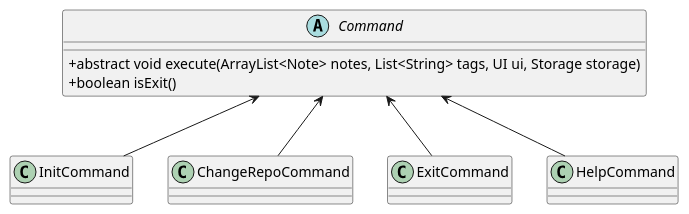
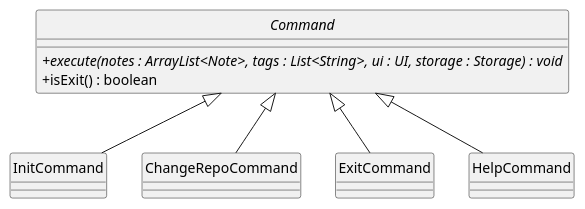
One commit to shauntsr/tp changed the diagram in docs/diagrams/SystemCommands.puml. Above: the diagram before and after it, drawn with PlantUML. The commit also changed 10 other files, not shown here.

```diff
--- a/docs/diagrams/SystemCommands.puml
+++ b/docs/diagrams/SystemCommands.puml
@@ -1,17 +1,17 @@
 @startuml SystemCommands
 skinparam classAttributeIconSize 0
-
+hide circle
 abstract class Command {
-    + abstract void execute(ArrayList<Note> notes, List<String> tags, UI ui, Storage storage) 
-    + boolean isExit()
+    + {abstract} execute(notes : ArrayList<Note>, tags : List<String>, ui : UI, storage : Storage) : void
+    + isExit() : boolean
 }
 class InitCommand
 class ChangeRepoCommand
 class ExitCommand
 class HelpCommand
 
-InitCommand -up-> Command
-ExitCommand -up-> Command
-ChangeRepoCommand -up-> Command
-HelpCommand -up-> Command
+InitCommand -up-|> Command
+ExitCommand -up-|> Command
+ChangeRepoCommand -up-|> Command
+HelpCommand -up-|> Command
 @enduml
```
